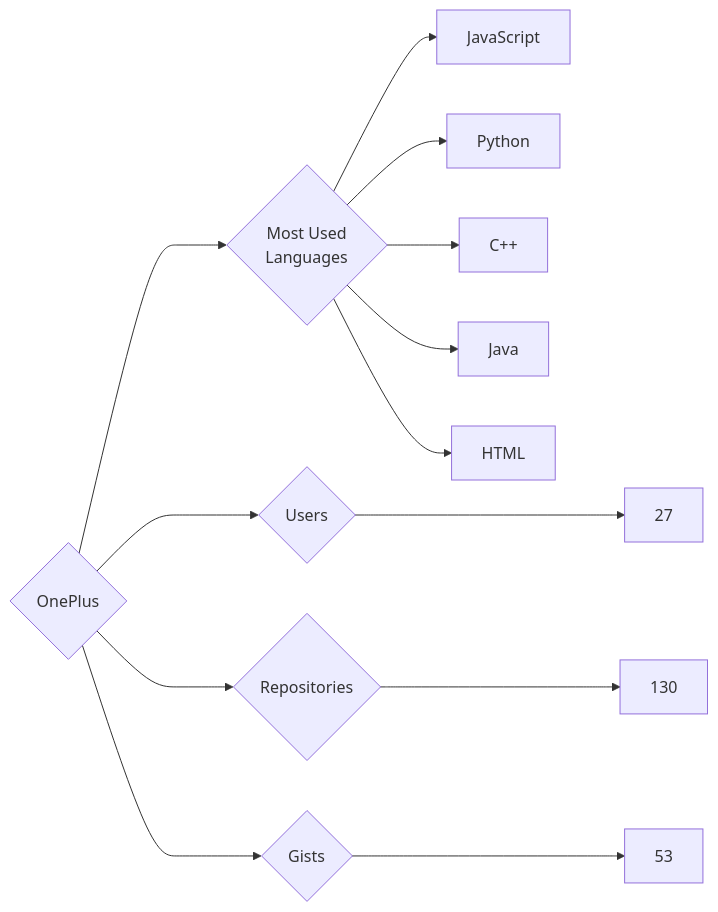
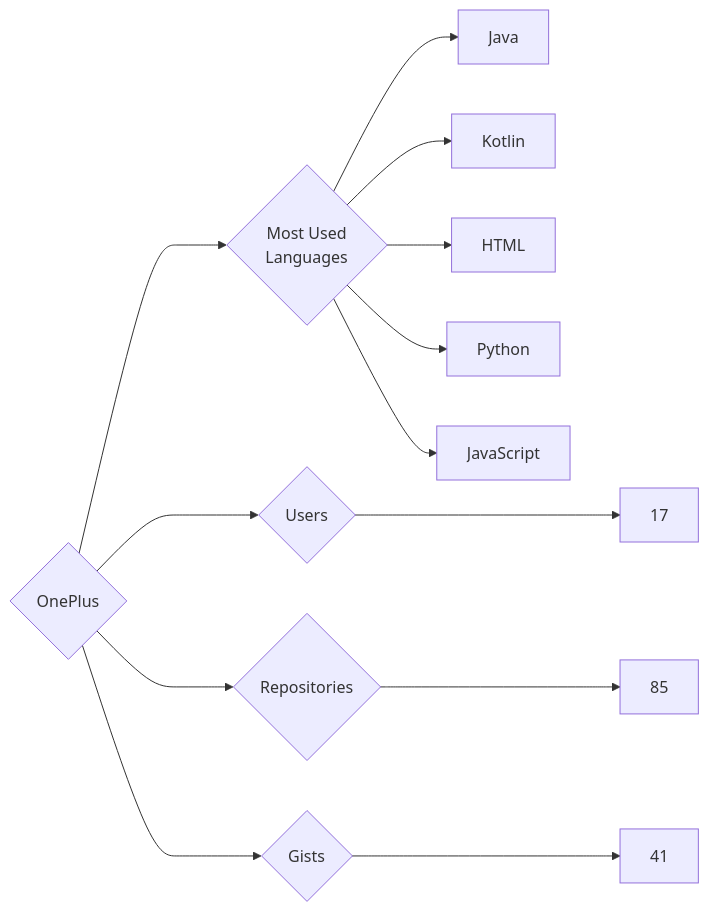
The diagram in targets/OnePlus/README.md (trickest/insiders), drawn with Mermaid before and after one commit. The commit also changed 748 other files, not shown here.

````diff
--- a/targets/OnePlus/README.md
+++ b/targets/OnePlus/README.md
@@ -3,13 +3,13 @@
 ```mermaid
 graph LR
 COMPANY_NAME{OnePlus}
-COMPANY_NAME ---> U{Users} ---> UN[27]
-COMPANY_NAME ---> R{Repositories} ---> RN[130]
-COMPANY_NAME ---> G{Gists} ---> GN[53]
+COMPANY_NAME ---> U{Users} ---> UN[17]
+COMPANY_NAME ---> R{Repositories} ---> RN[85]
+COMPANY_NAME ---> G{Gists} ---> GN[41]
 COMPANY_NAME ---> ML{Most Used<br>Languages}
+ML --> Java[Java]
+ML --> Kotlin[Kotlin]
+ML --> HTML[HTML]
+ML --> Python[Python]
 ML --> JavaScript[JavaScript]
-ML --> Python[Python]
-ML --> C++[C++]
-ML --> Java[Java]
-ML --> HTML[HTML]
 ```
````
